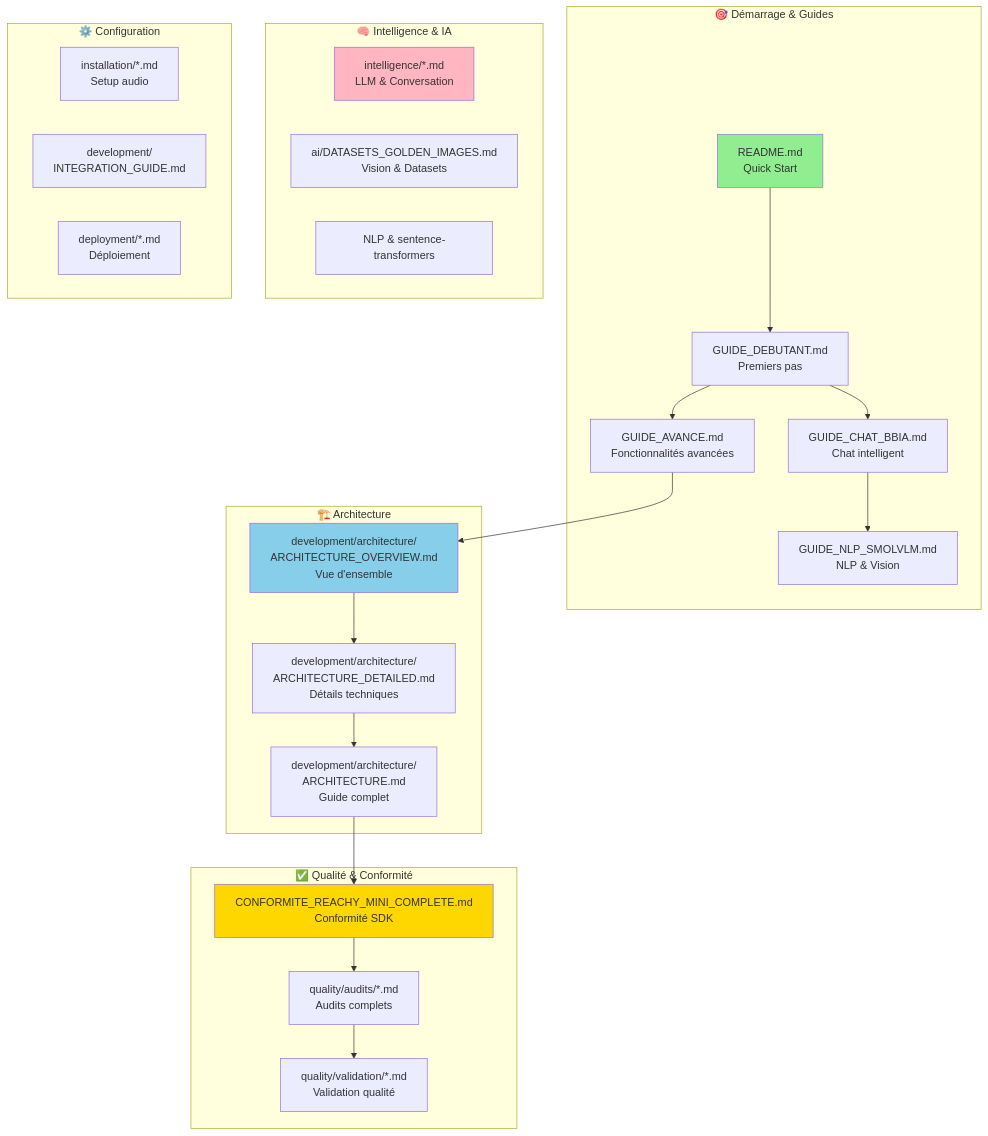
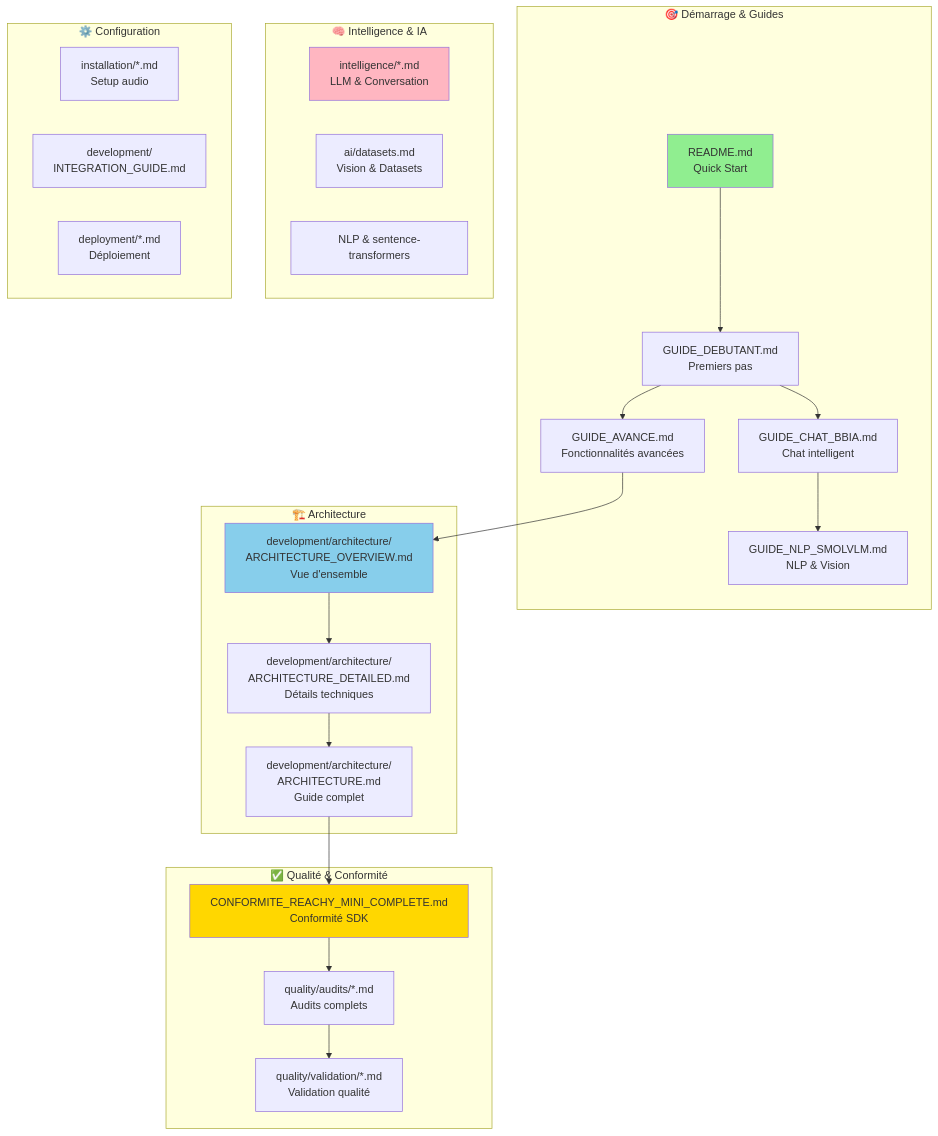
The third of 3 diagrams in docs/INDEX_FINAL.md (arkalia-luna-system/bbia-sim), drawn with Mermaid before and after one commit. The commit also changed other lines of this file and 24 other files, not shown here.

````diff
--- a/docs/INDEX_FINAL.md
+++ b/docs/INDEX_FINAL.md
@@ -258,50 +258,50 @@
 ```mermaid
 graph TB
     subgraph "🎯 Démarrage & Guides"
         START[README.md<br/>Quick Start]
         BEGINNER[GUIDE_DEBUTANT.md<br/>Premiers pas]
         ADVANCED[GUIDE_AVANCE.md<br/>Fonctionnalités avancées]
         CHAT[GUIDE_CHAT_BBIA.md<br/>Chat intelligent]
         NLP[GUIDE_NLP_SMOLVLM.md<br/>NLP & Vision]
     end
 
     subgraph "🏗️ Architecture"
         ARCH_OVER[development/architecture/<br/>ARCHITECTURE_OVERVIEW.md<br/>Vue d'ensemble]
         ARCH_DET[development/architecture/<br/>ARCHITECTURE_DETAILED.md<br/>Détails techniques]
         ARCH_COMP[development/architecture/<br/>ARCHITECTURE.md<br/>Guide complet]
     end
 
     subgraph "✅ Qualité & Conformité"
         CONFORM[CONFORMITE_REACHY_MINI_COMPLETE.md<br/>Conformité SDK]
         AUDIT[quality/audits/*.md<br/>Audits complets]
         QUALITY[quality/validation/*.md<br/>Validation qualité]
     end
 
     subgraph "🧠 Intelligence & IA"
         LLM[intelligence/*.md<br/>LLM & Conversation]
-        VISION[ai/DATASETS_GOLDEN_IMAGES.md<br/>Vision & Datasets]
+        VISION[ai/datasets.md<br/>Vision & Datasets]
         NLP_TECH[NLP & sentence-transformers]
     end
 
     subgraph "⚙️ Configuration"
         INSTALL[installation/*.md<br/>Setup audio]
         INTEGRATION[development/<br/>INTEGRATION_GUIDE.md]
         DEPLOY[deployment/*.md<br/>Déploiement]
     end
 
     START --> BEGINNER
     BEGINNER --> ADVANCED
     BEGINNER --> CHAT
     CHAT --> NLP
     ADVANCED --> ARCH_OVER
     ARCH_OVER --> ARCH_DET
     ARCH_DET --> ARCH_COMP
     ARCH_COMP --> CONFORM
     CONFORM --> AUDIT
     AUDIT --> QUALITY
 
     style START fill:#90EE90
     style ARCH_OVER fill:#87CEEB
     style CONFORM fill:#FFD700
     style LLM fill:#FFB6C1
 ```
````
